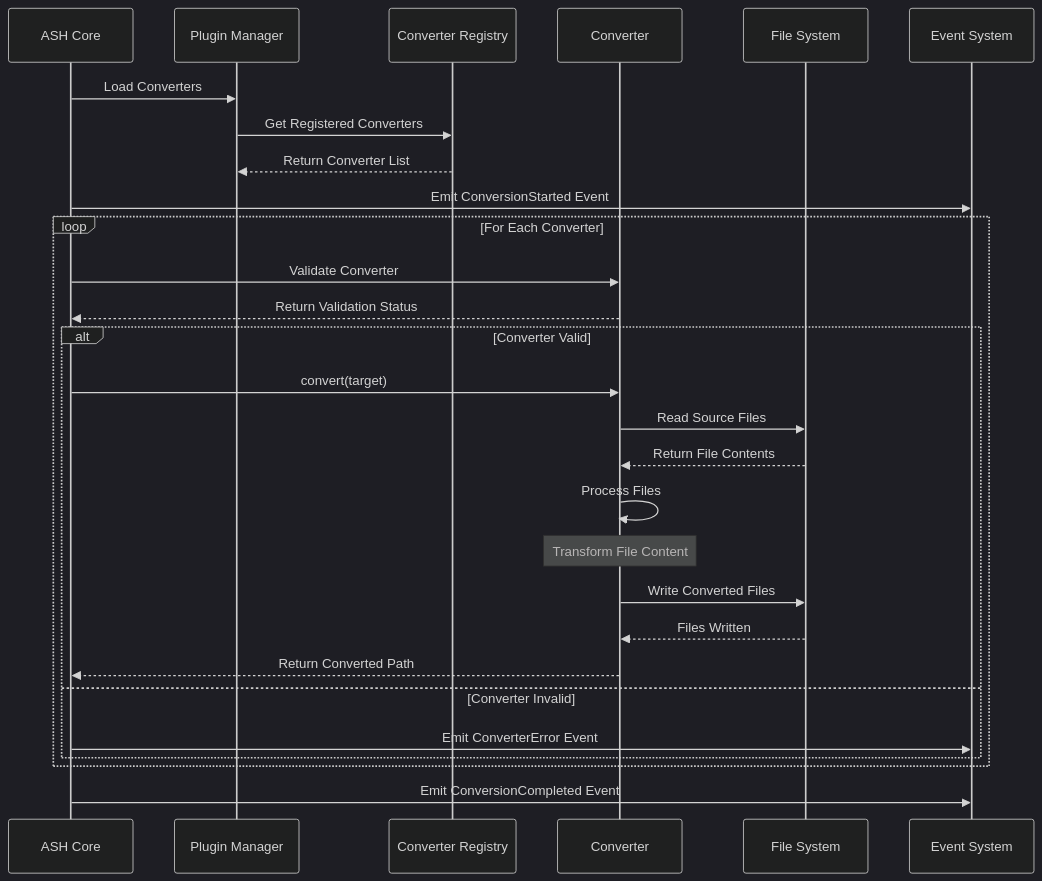
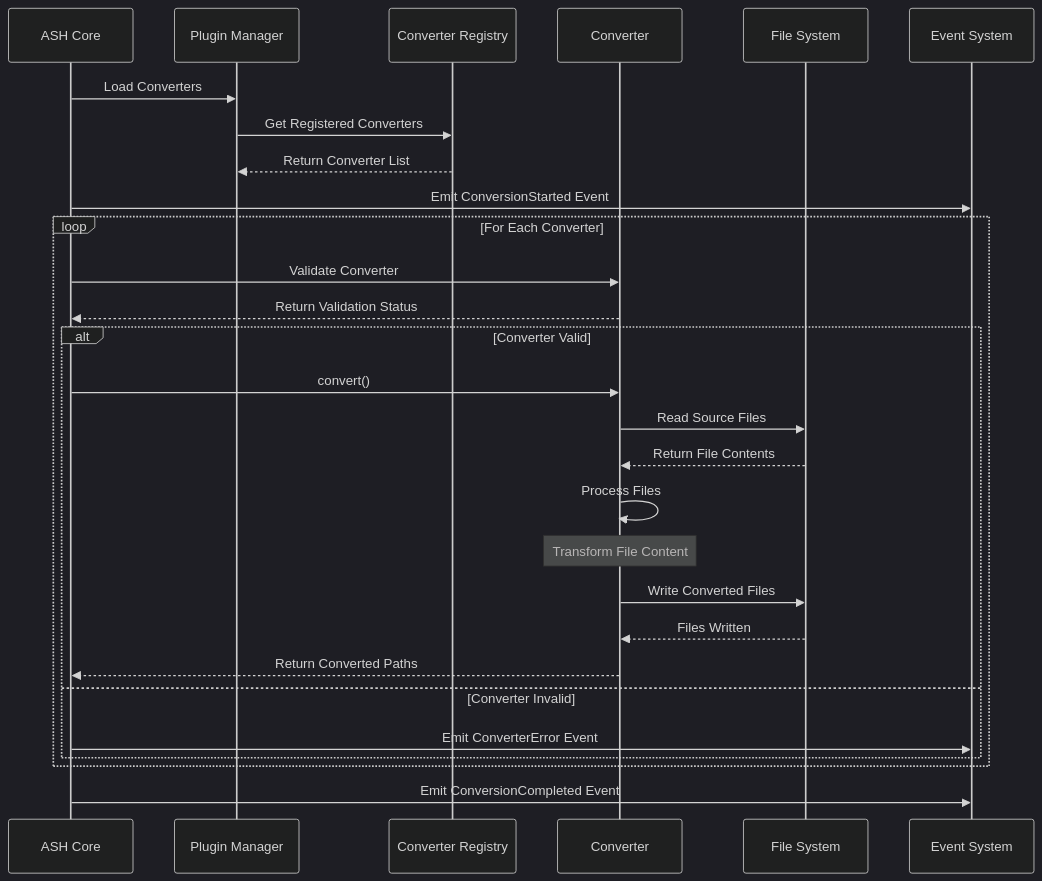
Before and after one commit to awslabs/automated-security-helper: the second of 8 diagrams in docs/content/docs/plugins/builtin/converters-diagrams.md, drawn with Mermaid (dark theme). The commit also changed other lines of this file and 2834 other files, not shown here.

````diff
--- a/docs/content/docs/plugins/builtin/converters-diagrams.md
+++ b/docs/content/docs/plugins/builtin/converters-diagrams.md
@@ -32,38 +32,38 @@
 ```mermaid
 sequenceDiagram
     participant ASH as ASH Core
     participant PM as Plugin Manager
     participant CR as Converter Registry
     participant CV as Converter
     participant FS as File System
     participant ES as Event System
 
     ASH->>PM: Load Converters
     PM->>CR: Get Registered Converters
     CR-->>PM: Return Converter List
 
     ASH->>ES: Emit ConversionStarted Event
 
     loop For Each Converter
         ASH->>CV: Validate Converter
         CV-->>ASH: Return Validation Status
 
         alt Converter Valid
-            ASH->>CV: convert(target)
+            ASH->>CV: convert()
             CV->>FS: Read Source Files
             FS-->>CV: Return File Contents
 
             CV->>CV: Process Files
             Note over CV: Transform File Content
 
             CV->>FS: Write Converted Files
             FS-->>CV: Files Written
 
-            CV-->>ASH: Return Converted Path
+            CV-->>ASH: Return Converted Paths
         else Converter Invalid
             ASH->>ES: Emit ConverterError Event
         end
     end
 
     ASH->>ES: Emit ConversionCompleted Event
 ```
````
